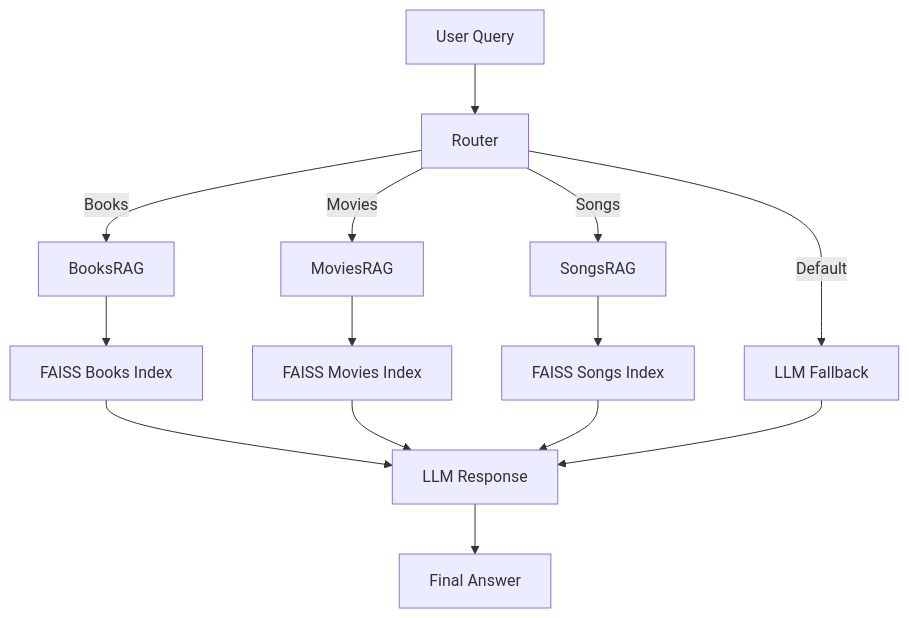
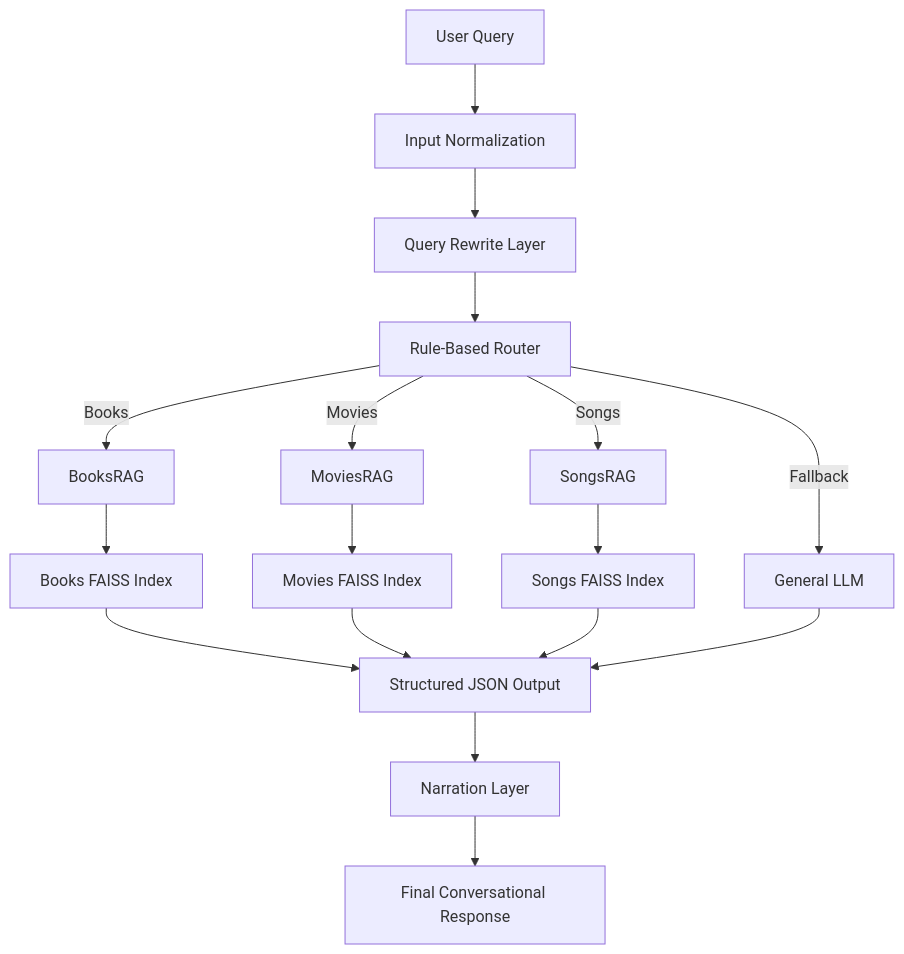
One commit to pranavmadhahar/CultRAG changed the diagram in README.md. Above: the diagram before and after it, drawn with Mermaid. The commit also changed other lines of this file, not shown here.

````diff
--- a/README.md
+++ b/README.md
@@ -34,19 +39,26 @@
 ```mermaid
 flowchart TD
-    A[User Query] --> B[Router]
-    B -->|Books| C[BooksRAG]
-    B -->|Movies| D[MoviesRAG]
-    B -->|Songs| E[SongsRAG]
-    B -->|Default| F[LLM Fallback]
+    A[User Query] --> B[Input Normalization]
 
-    C --> G[FAISS Books Index]
-    D --> H[FAISS Movies Index]
-    E --> I[FAISS Songs Index]
+    B --> C[Query Rewrite Layer]
 
-    G --> J[LLM Response]
-    H --> J
-    I --> J
-    F --> J
+    C --> D[Rule-Based Router]
 
-    J --> K[Final Answer]
+    D -->|Books| E[BooksRAG]
+    D -->|Movies| F[MoviesRAG]
+    D -->|Songs| G[SongsRAG]
+    D -->|Fallback| H[General LLM]
+
+    E --> I[Books FAISS Index]
+    F --> J[Movies FAISS Index]
+    G --> K[Songs FAISS Index]
+
+    I --> L[Structured JSON Output]
+    J --> L
+    K --> L
+    H --> L
+
+    L --> M[Narration Layer]
+
+    M --> N[Final Conversational Response]
 ```
````
